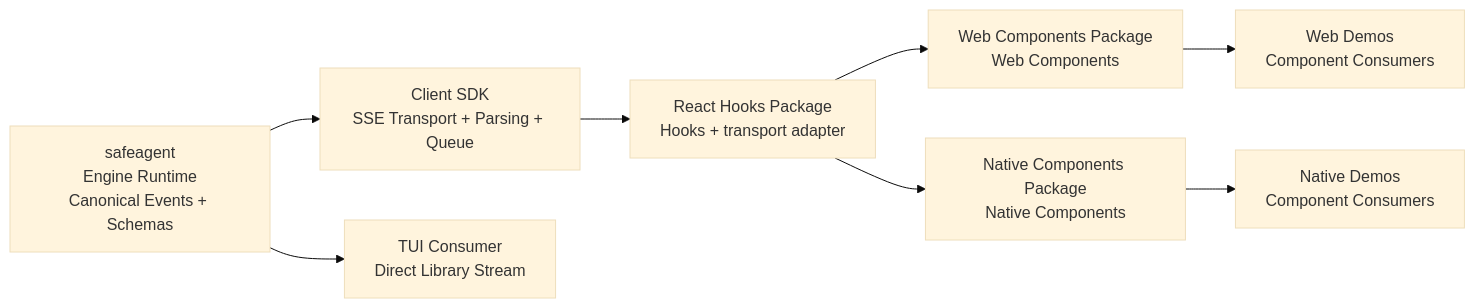
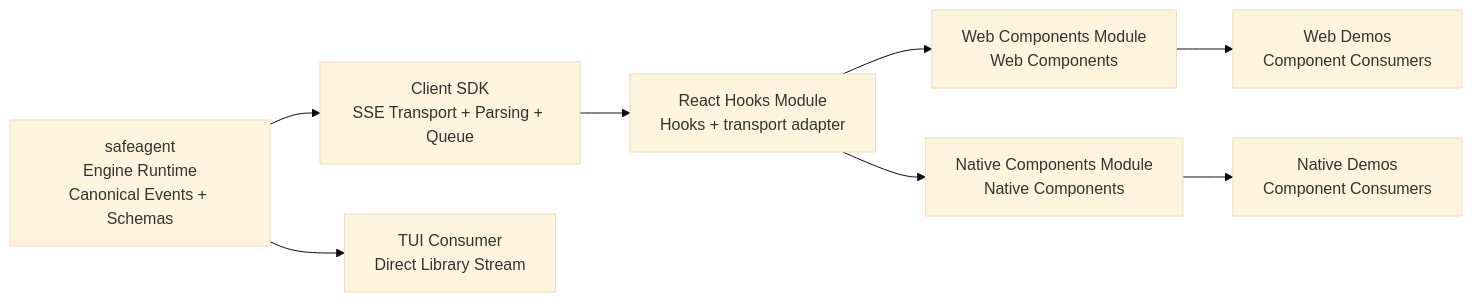
One commit to 1qh/safeagent changed the first of 18 diagrams in plan/18-frontend-sdk.md. Above: the diagram before and after it, drawn with Mermaid (base theme). The commit also changed other lines of this file and 10 other files, not shown here.

Commit message:
unify to single safeagent package, mandate Drizzle/surqlize ORMs, weave scalability and security concerns across plan files

````diff
--- a/plan/18-frontend-sdk.md
+++ b/plan/18-frontend-sdk.md
@@ -33,19 +34,19 @@
 ```mermaid
 flowchart LR
     SAFEAGENT_ENGINE[safeagent\nEngine Runtime\nCanonical Events + Schemas]
     SAFEAGENT_CLIENT[Client SDK\nSSE Transport + Parsing + Queue]
-    SAFEAGENT_REACT[React Hooks Package\nHooks + transport adapter]
-    SAFEAGENT_UI[Web Components Package\nWeb Components]
-    SAFEAGENT_UI_NATIVE[Native Components Package\nNative Components]
+    SAFEAGENT_REACT[React Hooks Module\nHooks + transport adapter]
+    SAFEAGENT_UI[Web Components Module\nWeb Components]
+    SAFEAGENT_UI_NATIVE[Native Components Module\nNative Components]
     WEB_DEMOS[Web Demos\nComponent Consumers]
     NATIVE_DEMOS[Native Demos\nComponent Consumers]
     TUI_CLIENT[TUI Consumer\nDirect Library Stream]
 
     SAFEAGENT_ENGINE --> SAFEAGENT_CLIENT
     SAFEAGENT_CLIENT --> SAFEAGENT_REACT
     SAFEAGENT_REACT --> SAFEAGENT_UI
     SAFEAGENT_REACT --> SAFEAGENT_UI_NATIVE
     SAFEAGENT_UI --> WEB_DEMOS
     SAFEAGENT_UI_NATIVE --> NATIVE_DEMOS
     SAFEAGENT_ENGINE --> TUI_CLIENT
 ```
````
